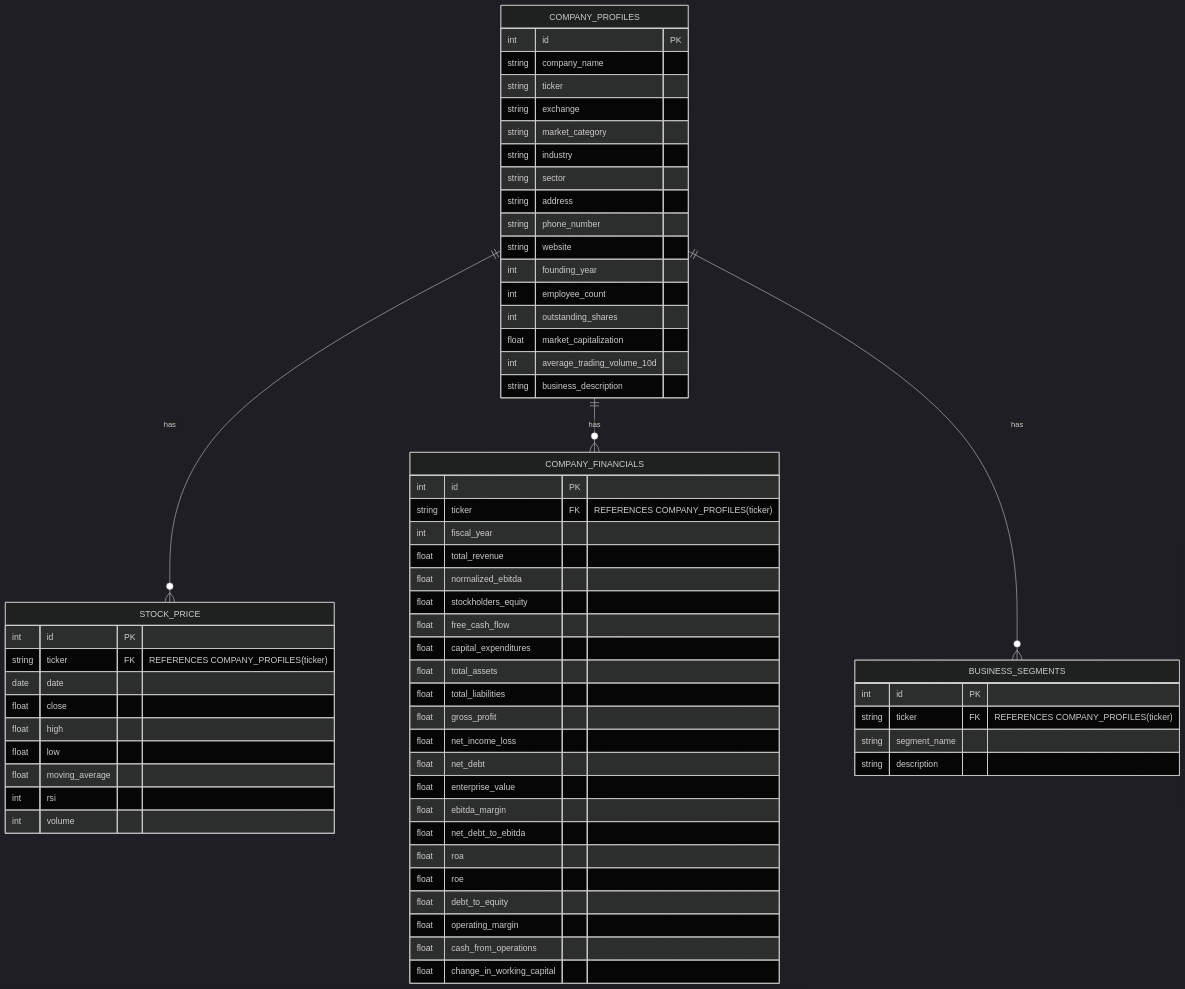
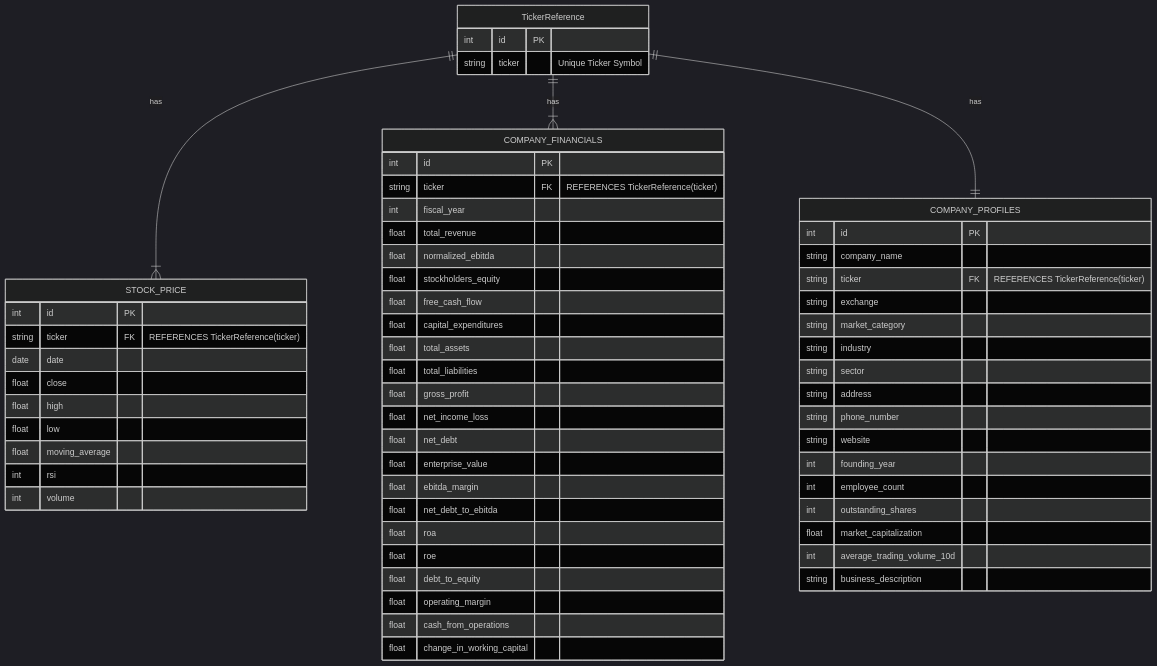
The diagram in server/apps/company_info/docs/er_diagram.md (ovrsa/bun), drawn with Mermaid (dark theme) before and after one commit.

Commit message:
PRI-180/feat(docs): add ER Diagram

````diff
--- a/server/apps/company_info/docs/er_diagram.md
+++ b/server/apps/company_info/docs/er_diagram.md
@@ -1,71 +1,68 @@
 ```mermaid
 erDiagram
-    %% テーブル定義とリレーション
+    TickerReference {
+        int id PK
+        string ticker "Unique Ticker Symbol"
+    }
+
     STOCK_PRICE {
         int id PK
-        string ticker FK "REFERENCES COMPANY_PROFILES(ticker)"
+        string ticker FK "REFERENCES TickerReference(ticker)"
         date date
         float close
         float high
         float low
         float moving_average
         int rsi
         int volume
     }
 
     COMPANY_FINANCIALS {
         int id PK
-        string ticker FK "REFERENCES COMPANY_PROFILES(ticker)"
+        string ticker FK "REFERENCES TickerReference(ticker)"
         int fiscal_year
         float total_revenue
         float normalized_ebitda
         float stockholders_equity
         float free_cash_flow
         float capital_expenditures
         float total_assets
         float total_liabilities
         float gross_profit
         float net_income_loss
         float net_debt
         float enterprise_value
         float ebitda_margin
         float net_debt_to_ebitda
         float roa
         float roe
         float debt_to_equity
         float operating_margin
         float cash_from_operations
         float change_in_working_capital
     }
 
     COMPANY_PROFILES {
         int id PK
         string company_name
-        string ticker
+        string ticker FK "REFERENCES TickerReference(ticker)"
         string exchange
         string market_category
         string industry
         string sector
         string address
         string phone_number
         string website
         int founding_year
         int employee_count
         int outstanding_shares
         float market_capitalization
         int average_trading_volume_10d
         string business_description
     }
 
-    BUSINESS_SEGMENTS {
-        int id PK
-        string ticker FK "REFERENCES COMPANY_PROFILES(ticker)"
-        string segment_name
-        string description
-    }
-
     %% リレーションの定義
-    COMPANY_PROFILES ||--o{ STOCK_PRICE: "has"
-    COMPANY_PROFILES ||--o{ COMPANY_FINANCIALS: "has"
-    COMPANY_PROFILES ||--o{ BUSINESS_SEGMENTS: "has"
+    TickerReference ||--|{ STOCK_PRICE: "has"
+    TickerReference ||--|{ COMPANY_FINANCIALS: "has"
+    TickerReference ||--|| COMPANY_PROFILES: "has"
 ```
````
